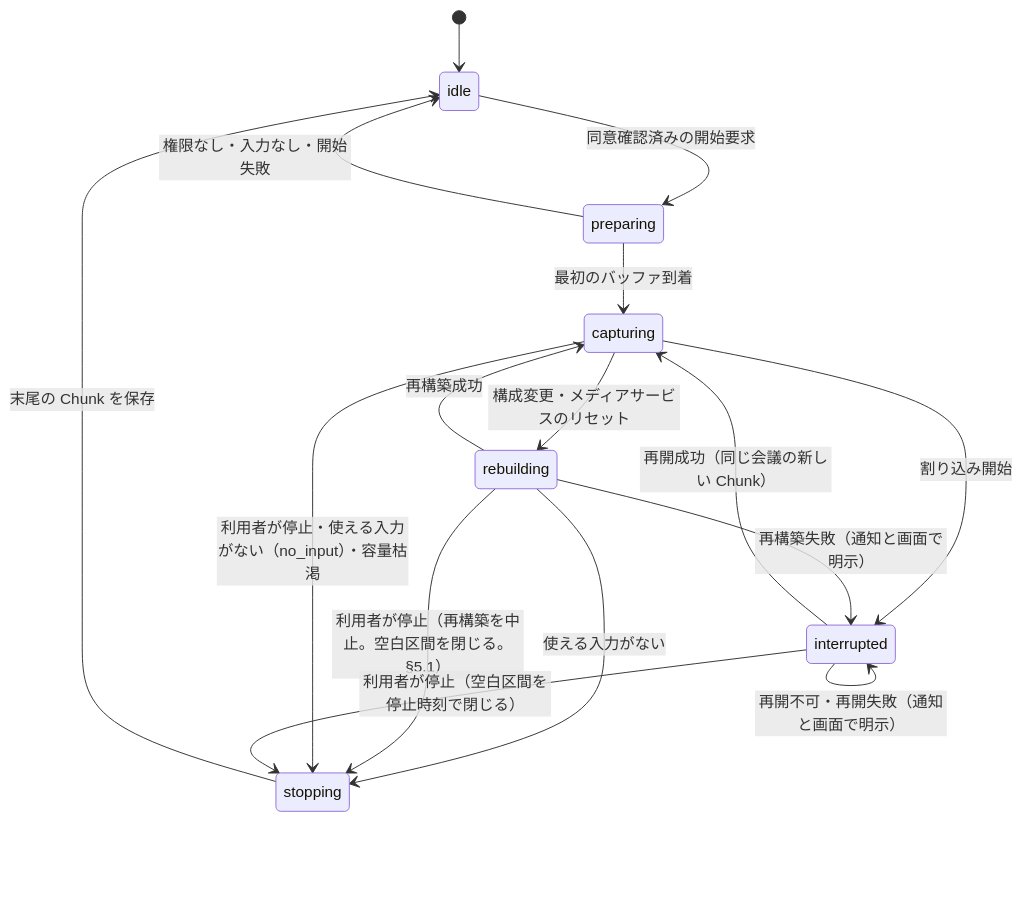
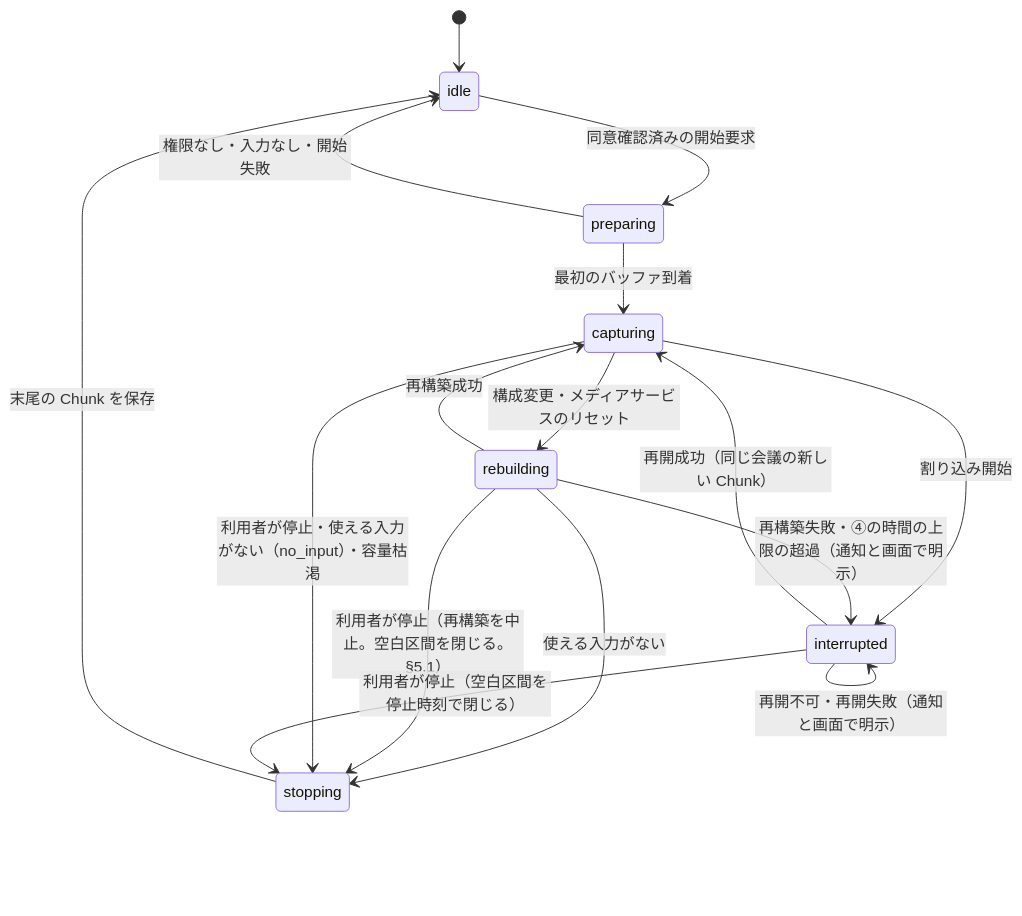
One commit to myoshi2891/Minutes-Mobile changed the second of 2 diagrams in docs/02-basic-design/recording.md. Above: the diagram before and after it, drawn with Mermaid. The commit also changed other lines of this file and 4 other files, not shown here.

````diff
--- a/docs/02-basic-design/recording.md
+++ b/docs/02-basic-design/recording.md
@@ -113,18 +113,18 @@
 ```mermaid
 stateDiagram-v2
     [*] --> idle
     idle --> preparing: 同意確認済みの開始要求
     preparing --> capturing: 最初のバッファ到着
     preparing --> idle: 権限なし・入力なし・開始失敗
     capturing --> interrupted: 割り込み開始
     interrupted --> capturing: 再開成功（同じ会議の新しい Chunk）
     interrupted --> interrupted: 再開不可・再開失敗（通知と画面で明示）
     capturing --> rebuilding: 構成変更・メディアサービスのリセット
     rebuilding --> capturing: 再構築成功
-    rebuilding --> interrupted: 再構築失敗（通知と画面で明示）
+    rebuilding --> interrupted: 再構築失敗・④の時間の上限の超過（通知と画面で明示）
     rebuilding --> stopping: 使える入力がない
     rebuilding --> stopping: 利用者が停止（再構築を中止。空白区間を閉じる。§5.1）
     capturing --> stopping: 利用者が停止・使える入力がない（no_input）・容量枯渇
     interrupted --> stopping: 利用者が停止（空白区間を停止時刻で閉じる）
     stopping --> idle: 末尾の Chunk を保存
 ```
````
